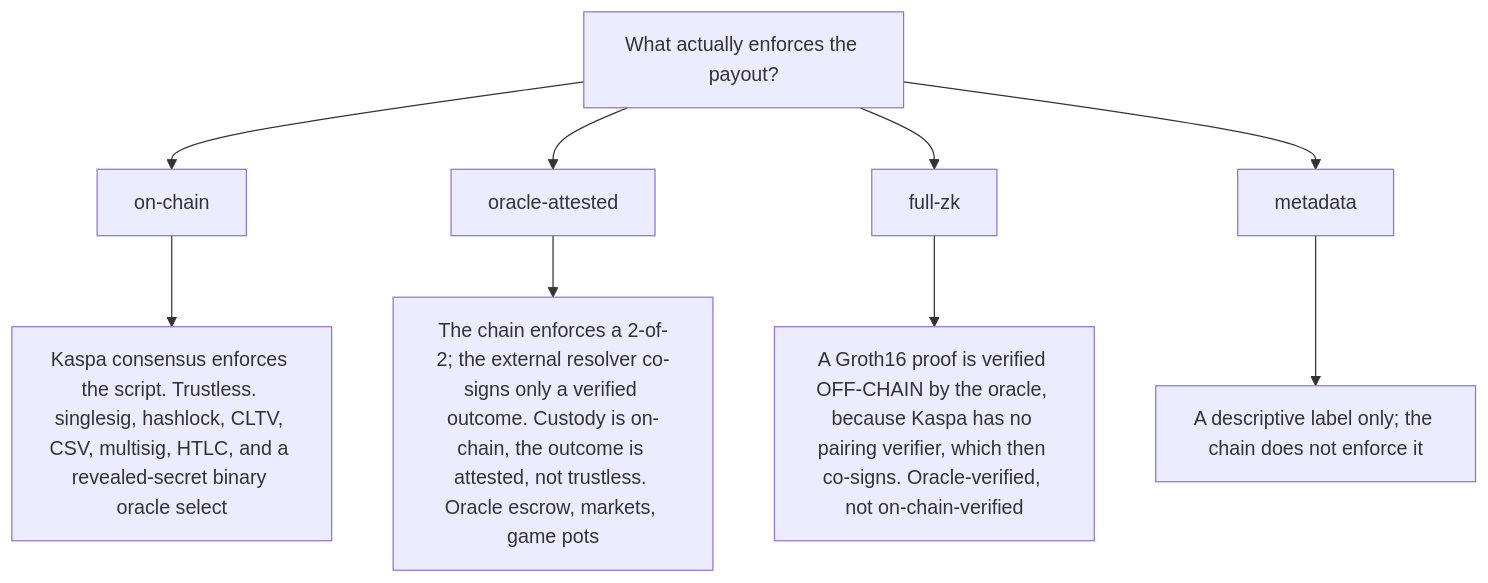
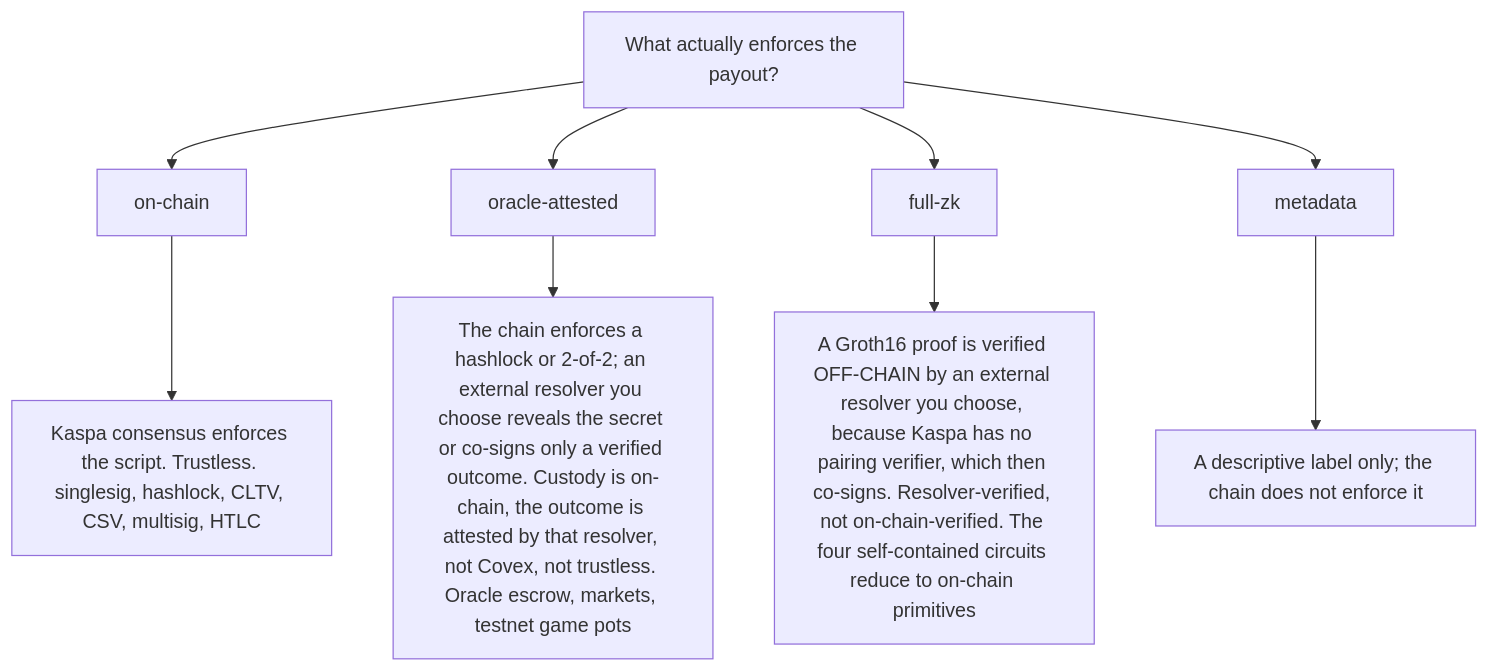
Before and after one commit to THTProtocol/Covex27: the third of 5 diagrams in README.md, drawn with Mermaid. The commit also changed other lines of this file and 14 other files, not shown here.

````diff
--- a/README.md
+++ b/README.md
@@ -197,12 +196,12 @@
 ```mermaid
 flowchart TD
   Q["What actually enforces the payout?"]
   Q --> ON["on-chain"]
   Q --> OA["oracle-attested"]
   Q --> FZ["full-zk"]
   Q --> MD["metadata"]
-  ON --> ONx["Kaspa consensus enforces the script. Trustless. singlesig, hashlock, CLTV, CSV, multisig, HTLC, and a revealed-secret binary oracle select"]
-  OA --> OAx["The chain enforces a 2-of-2; the external resolver co-signs only a verified outcome. Custody is on-chain, the outcome is attested, not trustless. Oracle escrow, markets, game pots"]
-  FZ --> FZx["A Groth16 proof is verified OFF-CHAIN by the oracle, because Kaspa has no pairing verifier, which then co-signs. Oracle-verified, not on-chain-verified"]
+  ON --> ONx["Kaspa consensus enforces the script. Trustless. singlesig, hashlock, CLTV, CSV, multisig, HTLC"]
+  OA --> OAx["The chain enforces a hashlock or 2-of-2; an external resolver you choose reveals the secret or co-signs only a verified outcome. Custody is on-chain, the outcome is attested by that resolver, not Covex, not trustless. Oracle escrow, markets, testnet game pots"]
+  FZ --> FZx["A Groth16 proof is verified OFF-CHAIN by an external resolver you choose, because Kaspa has no pairing verifier, which then co-signs. Resolver-verified, not on-chain-verified. The four self-contained circuits reduce to on-chain primitives"]
   MD --> MDx["A descriptive label only; the chain does not enforce it"]
 ```
````
